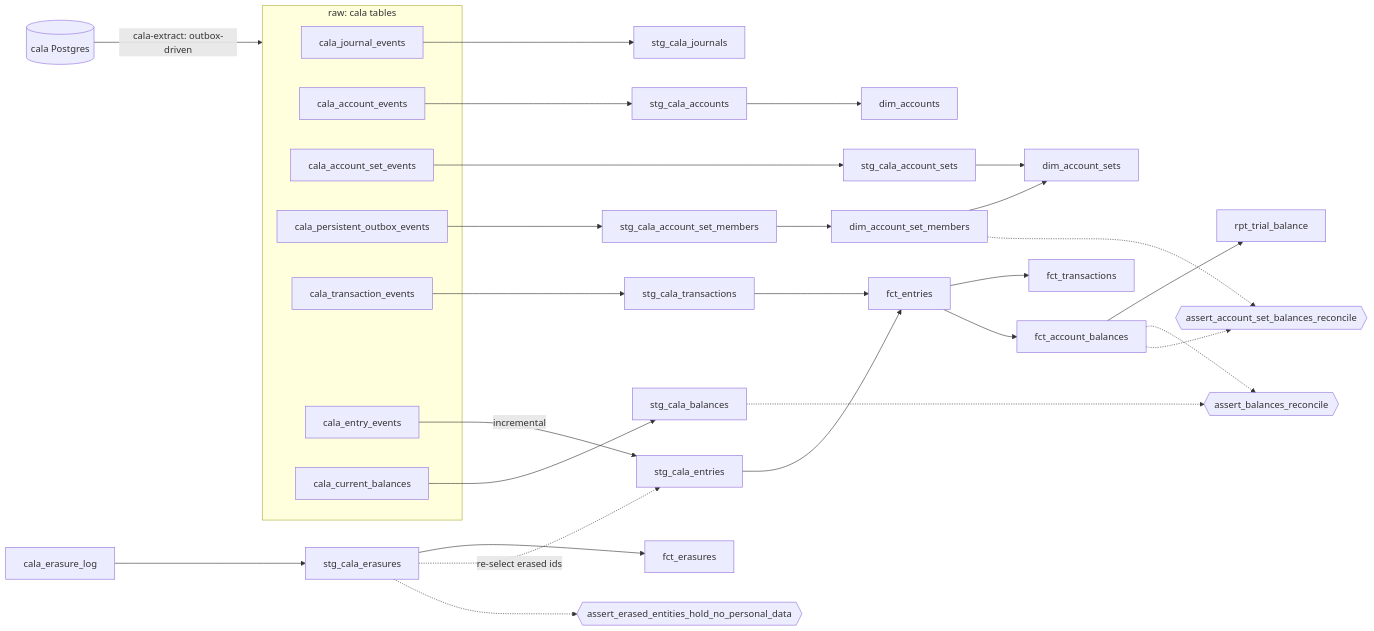
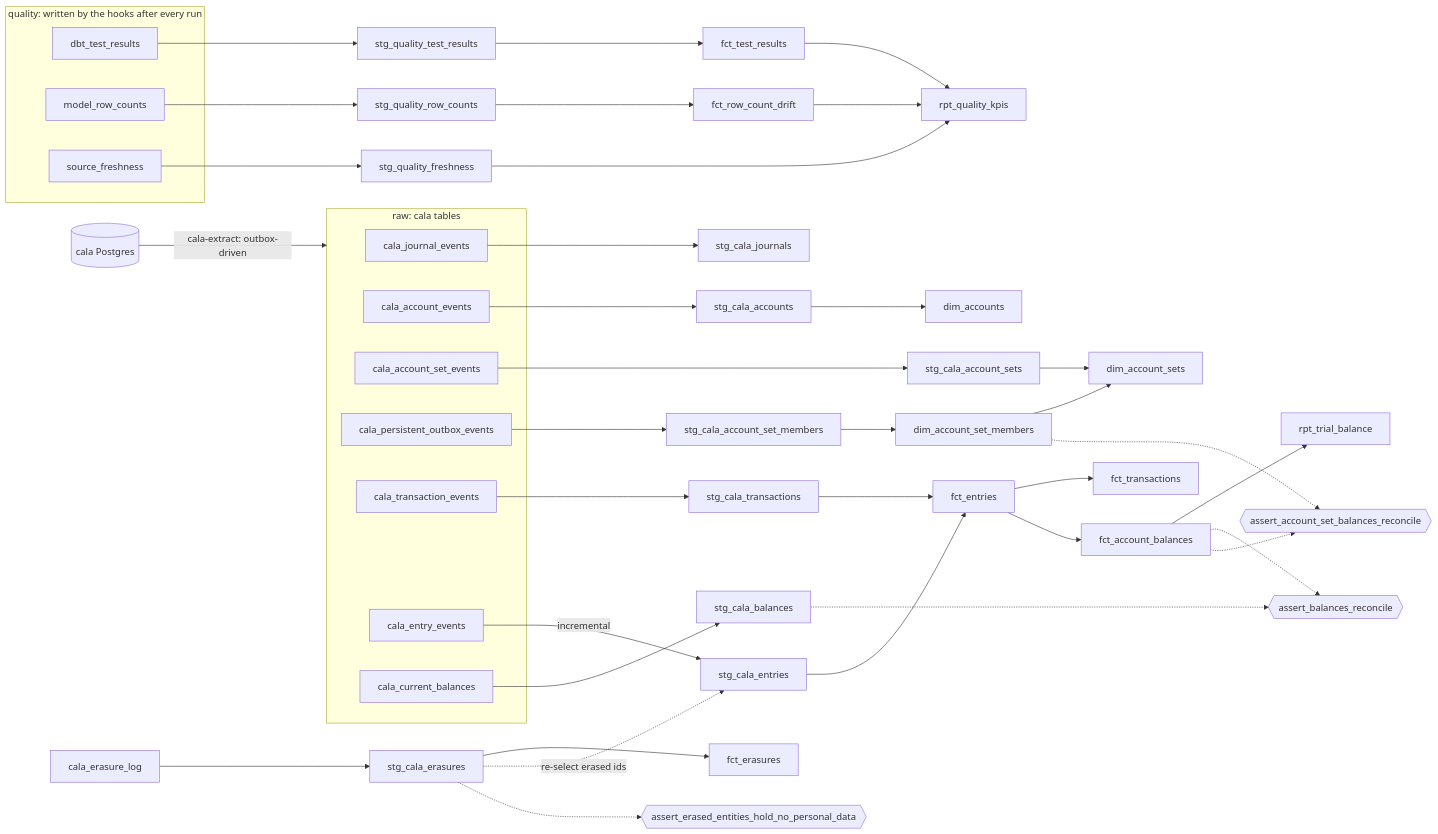
Before and after one commit to uncoated-engineering/cala-warehouse: the diagram in README.md, drawn with Mermaid. The commit also changed other lines of this file and 1 other file, not shown here.

Commit message:
docs: the quality layer, its one-build lag, and the rules the hooks keep

````diff
--- a/README.md
+++ b/README.md
@@ -81,34 +84,42 @@
 ```mermaid
 flowchart LR
   PG[(cala Postgres)] -->|cala-extract: outbox-driven| raw
   subgraph raw [raw: cala tables]
     JE[cala_journal_events]
     AE[cala_account_events]
     SE[cala_account_set_events]
     OB[cala_persistent_outbox_events]
     TE[cala_transaction_events]
     EE[cala_entry_events]
     CB[cala_current_balances]
   end
   JE --> stg_cala_journals
   AE --> stg_cala_accounts
   SE --> stg_cala_account_sets
   OB --> stg_cala_account_set_members
   TE --> stg_cala_transactions
   EE -->|incremental| stg_cala_entries
   CB --> stg_cala_balances
   stg_cala_accounts --> dim_accounts
   stg_cala_account_set_members --> dim_account_set_members --> dim_account_sets
   stg_cala_account_sets --> dim_account_sets
   stg_cala_entries --> fct_entries
   stg_cala_transactions --> fct_entries
   fct_entries --> fct_transactions
   fct_entries --> fct_account_balances --> rpt_trial_balance
   fct_account_balances -.-> reconcile{{assert_balances_reconcile}}
   stg_cala_balances -.-> reconcile
   dim_account_set_members -.-> reconcile_sets{{assert_account_set_balances_reconcile}}
   fct_account_balances -.-> reconcile_sets
   EL[cala_erasure_log] --> stg_cala_erasures --> fct_erasures
   stg_cala_erasures -.->|re-select erased ids| stg_cala_entries
   stg_cala_erasures -.-> erased{{assert_erased_entities_hold_no_personal_data}}
+  subgraph quality [quality: written by the hooks after every run]
+    QT[dbt_test_results]
+    QC[model_row_counts]
+    QF[source_freshness]
+  end
+  QT --> stg_quality_test_results --> fct_test_results --> rpt_quality_kpis
+  QC --> stg_quality_row_counts --> fct_row_count_drift --> rpt_quality_kpis
+  QF --> stg_quality_freshness --> rpt_quality_kpis
 ```
````
